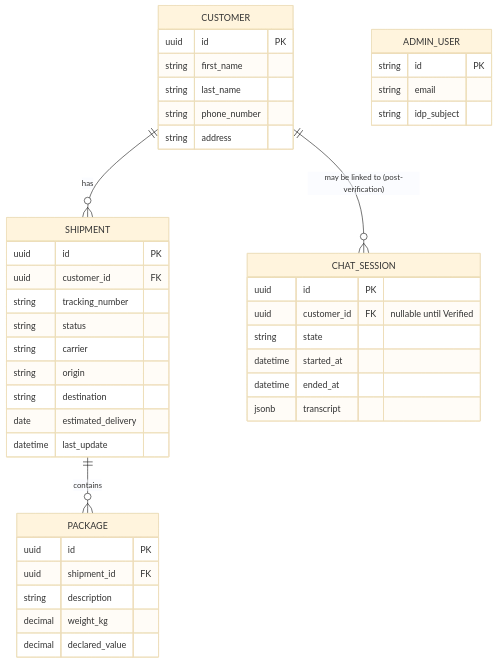
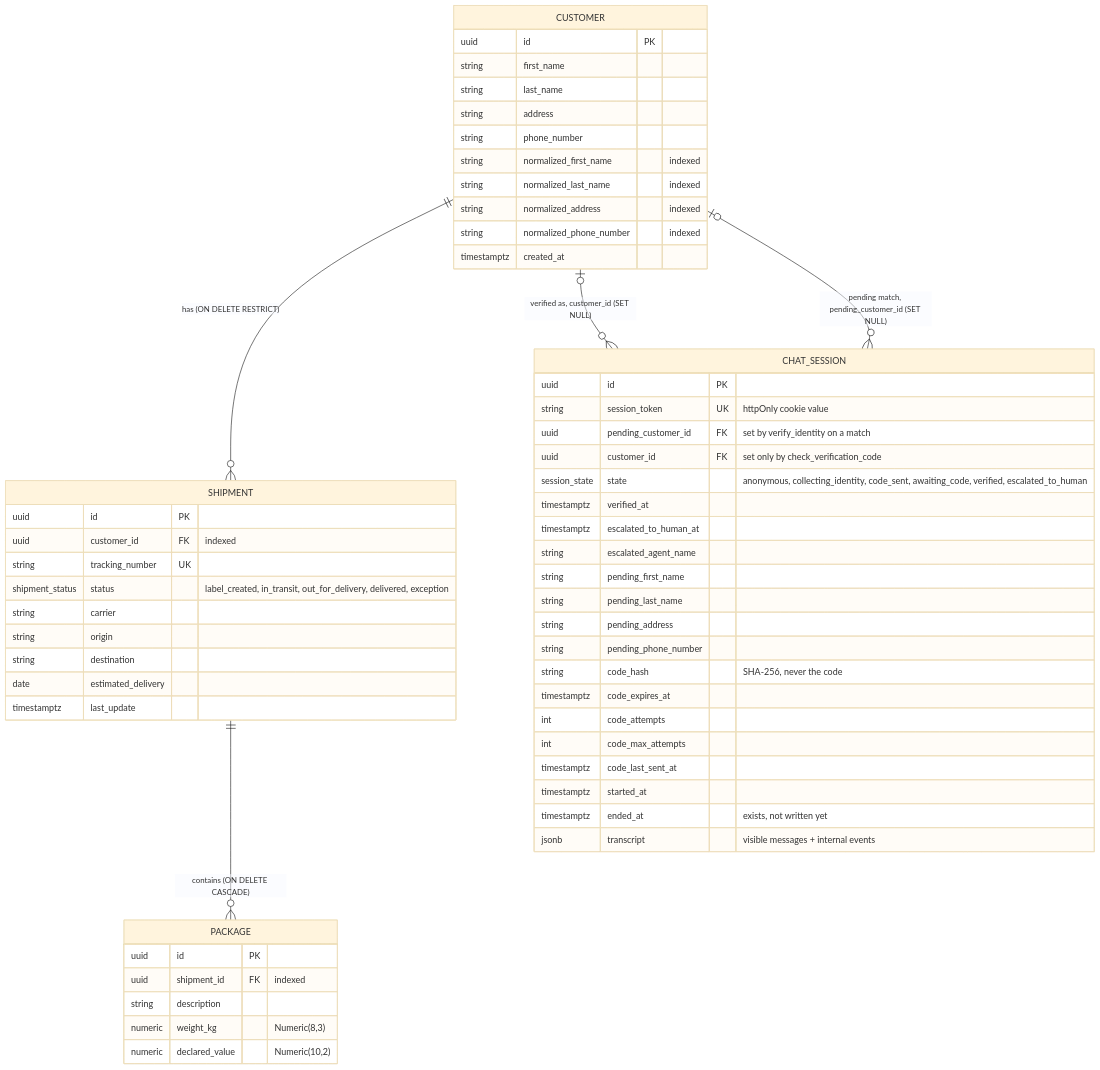
Before and after one commit to Vladimir86ns/secureship: the diagram in docs/diagrams/06-data-model-erd.md, drawn with Mermaid (base theme). The commit also changed other lines of this file and 10 other files, not shown here.

Commit message:
Week 5: diagrams regenerated against the implementation, final README

````diff
--- a/docs/diagrams/06-data-model-erd.md
+++ b/docs/diagrams/06-data-model-erd.md
@@ -5,44 +11,60 @@
 ```mermaid
 erDiagram
-    CUSTOMER ||--o{ SHIPMENT : has
-    SHIPMENT ||--o{ PACKAGE : contains
-    CUSTOMER ||--o{ CHAT_SESSION : "may be linked to (post-verification)"
+    CUSTOMER ||--o{ SHIPMENT : "has (ON DELETE RESTRICT)"
+    SHIPMENT ||--o{ PACKAGE : "contains (ON DELETE CASCADE)"
+    CUSTOMER |o--o{ CHAT_SESSION : "verified as, customer_id (SET NULL)"
+    CUSTOMER |o--o{ CHAT_SESSION : "pending match, pending_customer_id (SET NULL)"
+
     CUSTOMER {
         uuid id PK
         string first_name
         string last_name
+        string address
         string phone_number
-        string address
+        string normalized_first_name "indexed"
+        string normalized_last_name "indexed"
+        string normalized_address "indexed"
+        string normalized_phone_number "indexed"
+        timestamptz created_at
     }
     SHIPMENT {
         uuid id PK
-        uuid customer_id FK
-        string tracking_number
-        string status
+        uuid customer_id FK "indexed"
+        string tracking_number UK
+        shipment_status status "label_created, in_transit, out_for_delivery, delivered, exception"
         string carrier
         string origin
         string destination
         date estimated_delivery
-        datetime last_update
+        timestamptz last_update
     }
     PACKAGE {
         uuid id PK
-        uuid shipment_id FK
+        uuid shipment_id FK "indexed"
         string description
-        decimal weight_kg
-        decimal declared_value
+        numeric weight_kg "Numeric(8,3)"
+        numeric declared_value "Numeric(10,2)"
     }
     CHAT_SESSION {
         uuid id PK
-        uuid customer_id FK "nullable until Verified"
-        string state
-        datetime started_at
-        datetime ended_at
-        jsonb transcript
-    }
-    ADMIN_USER {
-        string id PK
-        string email
-        string idp_subject
+        string session_token UK "httpOnly cookie value"
+        uuid pending_customer_id FK "set by verify_identity on a match"
+        uuid customer_id FK "set only by check_verification_code"
+        session_state state "anonymous, collecting_identity, code_sent, awaiting_code, verified, escalated_to_human"
+        timestamptz verified_at
+        timestamptz escalated_to_human_at
+        string escalated_agent_name
+        string pending_first_name
+        string pending_last_name
+        string pending_address
+        string pending_phone_number
+        string code_hash "SHA-256, never the code"
+        timestamptz code_expires_at
+        int code_attempts
+        int code_max_attempts
+        timestamptz code_last_sent_at
+        timestamptz started_at
+        timestamptz ended_at "exists, not written yet"
+        jsonb transcript "visible messages + internal events"
     }
 ```
````
